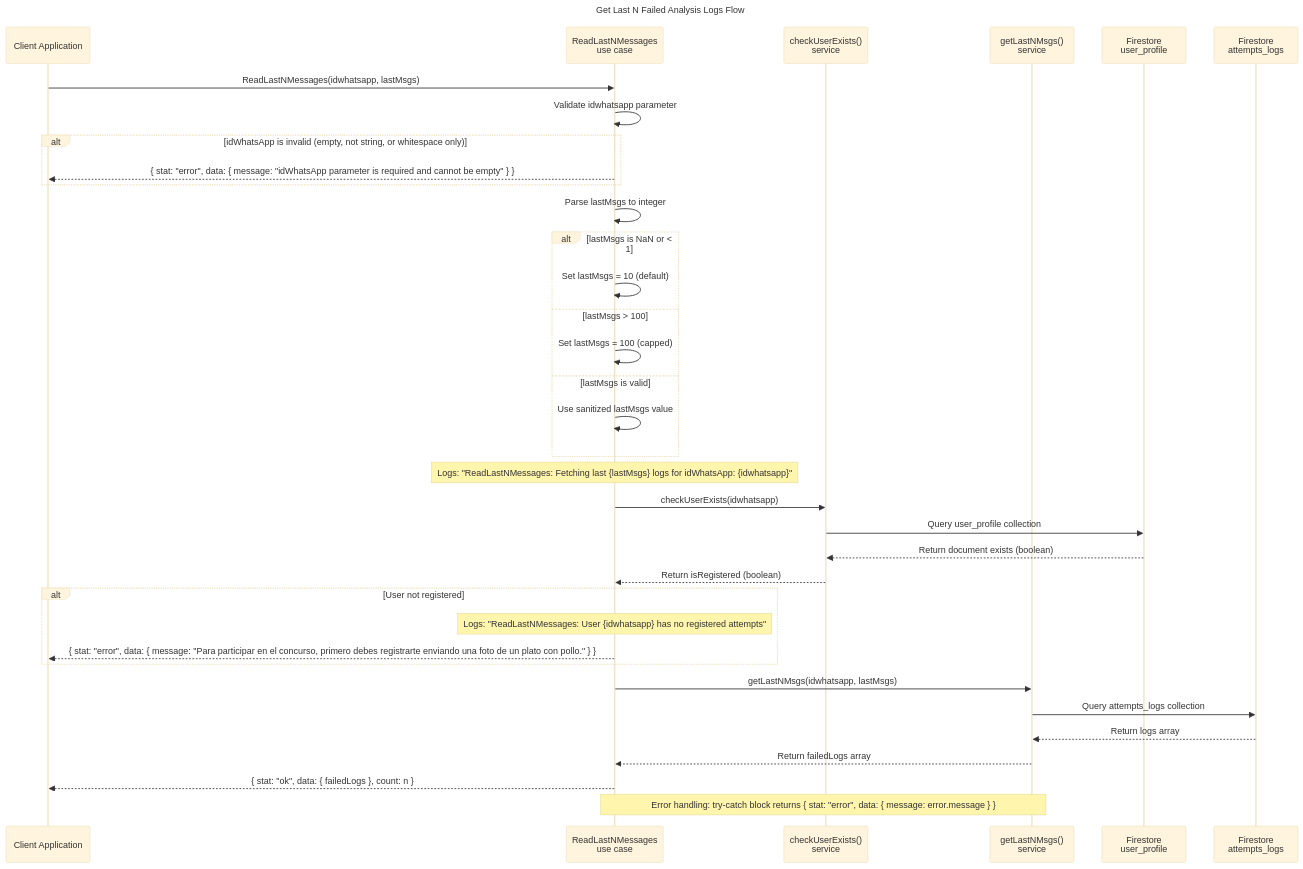
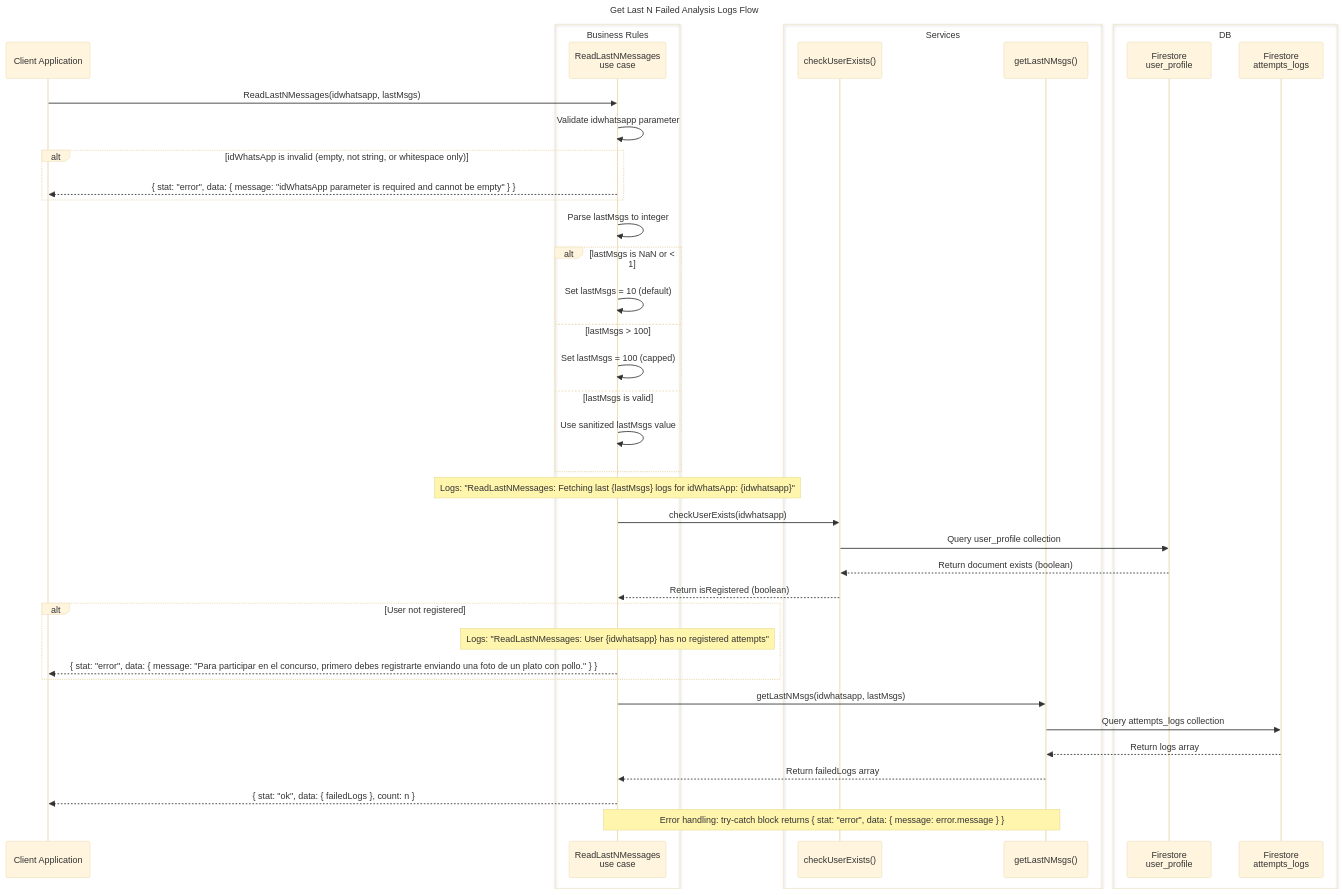
One commit to salvadorsanchezvmas/PasionpTodos changed the diagram in DOCS/diagrams/get-last-n-msgs-sequence.md. Above: the diagram before and after it, drawn with Mermaid (base theme). The commit also changed 1 other file, not shown here.

Commit message:
update diagrmas

````diff
--- a/DOCS/diagrams/get-last-n-msgs-sequence.md
+++ b/DOCS/diagrams/get-last-n-msgs-sequence.md
@@ -3,52 +3,61 @@
 ```mermaid
 sequenceDiagram
     title: Get Last N Failed Analysis Logs Flow
 
     participant Client as Client Application
+
+    box Business Rules
     participant UC as ReadLastNMessages<br/>use case
-    participant Check as checkUserExists()<br/>service
-    participant DB as getLastNMsgs()<br/>service
+    end
+
+    box Services
+    participant Check as checkUserExists()
+    participant SvcDB as getLastNMsgs()
+    end
+
+    box DB
     participant UP as Firestore<br/>user_profile
     participant AL as Firestore<br/>attempts_logs
+    end
 
     %% Main flow
     Client->>UC: ReadLastNMessages(idwhatsapp, lastMsgs)
 
     %% Step 1: Validate idWhatsApp
     UC->>UC: Validate idwhatsapp parameter
     alt idWhatsApp is invalid (empty, not string, or whitespace only)
         UC-->>Client: { stat: "error", data: { message: "idWhatsApp parameter is required and cannot be empty" } }
     end
 
     %% Step 2: Validate and sanitize lastMsgs
     UC->>UC: Parse lastMsgs to integer
     alt lastMsgs is NaN or < 1
         UC->>UC: Set lastMsgs = 10 (default)
     else lastMsgs > 100
         UC->>UC: Set lastMsgs = 100 (capped)
     else lastMsgs is valid
         UC->>UC: Use sanitized lastMsgs value
     end
 
     %% Step 3: Log and check if user is registered
     Note over UC: Logs: "ReadLastNMessages: Fetching last {lastMsgs} logs for idWhatsApp: {idwhatsapp}"
     UC->>Check: checkUserExists(idwhatsapp)
     Check->>UP: Query user_profile collection
     UP-->>Check: Return document exists (boolean)
     Check-->>UC: Return isRegistered (boolean)
     alt User not registered
         Note over UC: Logs: "ReadLastNMessages: User {idwhatsapp} has no registered attempts"
         UC-->>Client: { stat: "error", data: { message: "Para participar en el concurso, primero debes registrarte enviando una foto de un plato con pollo." } }
     end
 
     %% Step 4: Query database for logs
-    UC->>DB: getLastNMsgs(idwhatsapp, lastMsgs)
-    DB->>AL: Query attempts_logs collection
-    AL-->>DB: Return logs array
-    DB-->>UC: Return failedLogs array
+    UC->>SvcDB: getLastNMsgs(idwhatsapp, lastMsgs)
+    SvcDB->>AL: Query attempts_logs collection
+    AL-->>SvcDB: Return logs array
+    SvcDB-->>UC: Return failedLogs array
 
     %% Step 5: Return response
     UC-->>Client: { stat: "ok", data: { failedLogs }, count: n }
 
-    Note over UC,DB: Error handling: try-catch block returns { stat: "error", data: { message: error.message } }
+    Note over UC,SvcDB: Error handling: try-catch block returns { stat: "error", data: { message: error.message } }
 ```
````
